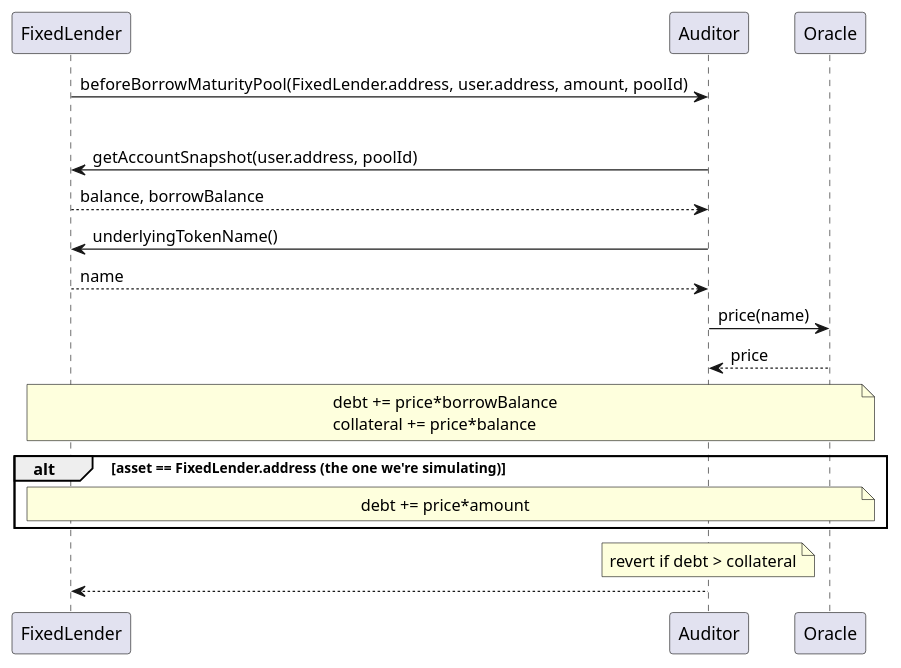
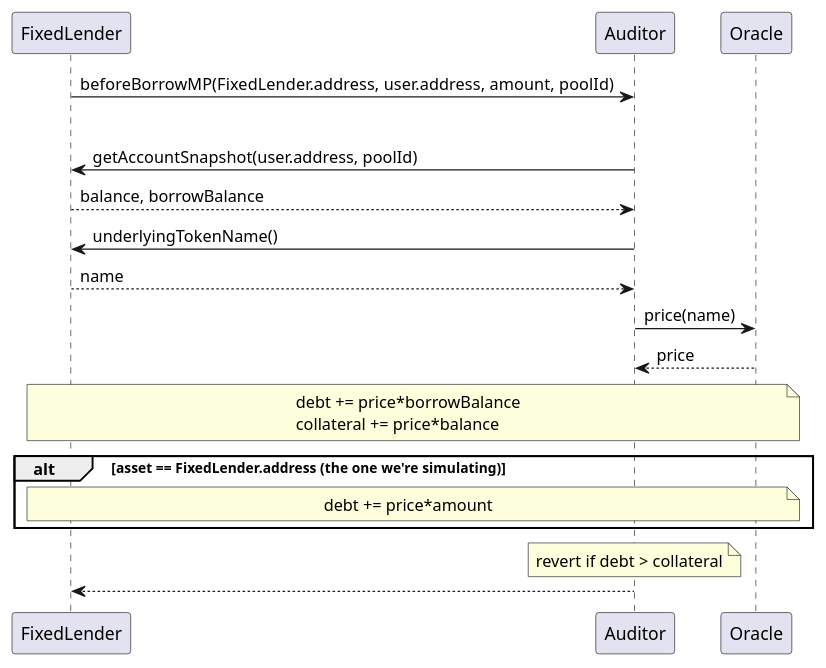
The second of 2 diagrams in docs/actions.rst (exactly/protocol), drawn with PlantUML before and after one commit. The commit also changed other lines of this file and 4 other files, not shown here.

```diff
--- a/docs/actions.rst
+++ b/docs/actions.rst
@@ -50,27 +50,27 @@
 .. uml::
 
     participant FixedLender
     participant Auditor
     participant Oracle
 
-    FixedLender -> Auditor: beforeBorrowMaturityPool(FixedLender.address, user.address, amount, poolId)
+    FixedLender -> Auditor: beforeBorrowMP(FixedLender.address, user.address, amount, poolId)
 
     loop every enabled FixedLender
     Auditor -> FixedLender: getAccountSnapshot(user.address, poolId)
     Auditor <-- FixedLender: balance, borrowBalance
     Auditor -> FixedLender: underlyingTokenName()
     Auditor <-- FixedLender: name
     Auditor -> Oracle: price(name)
     Auditor <-- Oracle: price
     note across
     debt += price*borrowBalance
     collateral += price*balance
     end note
 
     alt asset == FixedLender.address (the one we're simulating)
     note across
     debt += price*amount
     end note
     end
     note over Auditor: revert if debt > collateral
     FixedLender <-- Auditor
```
